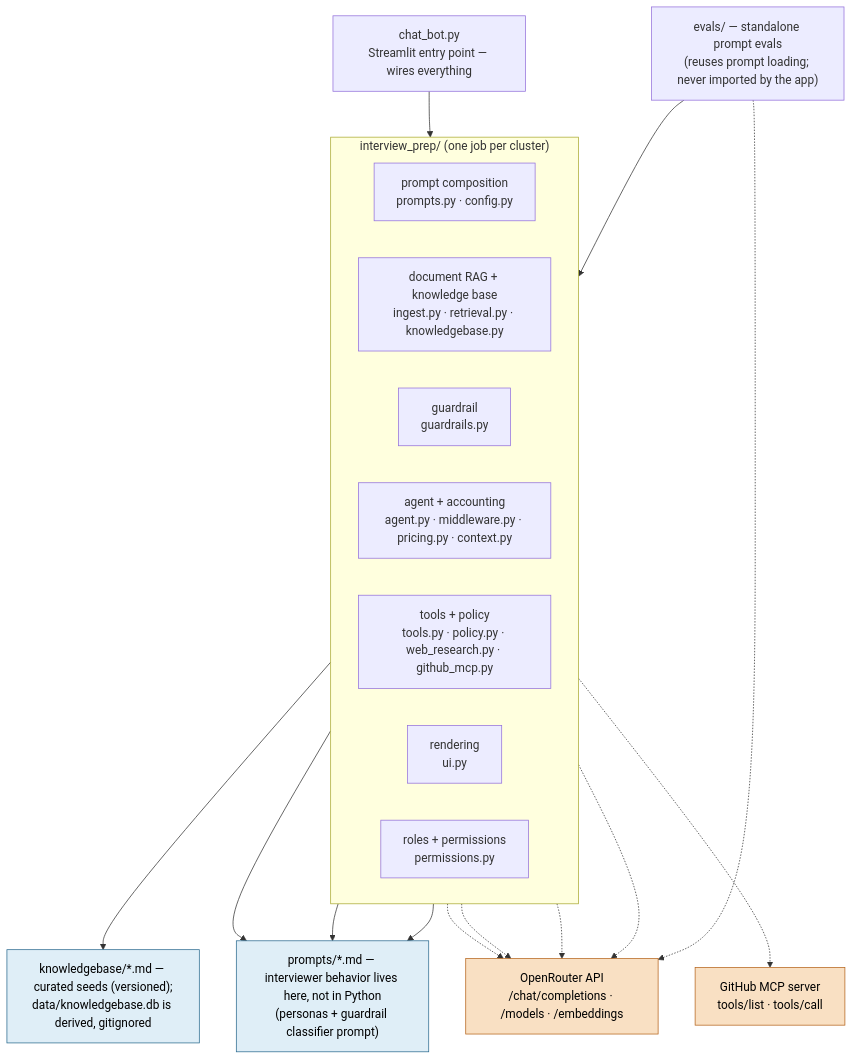
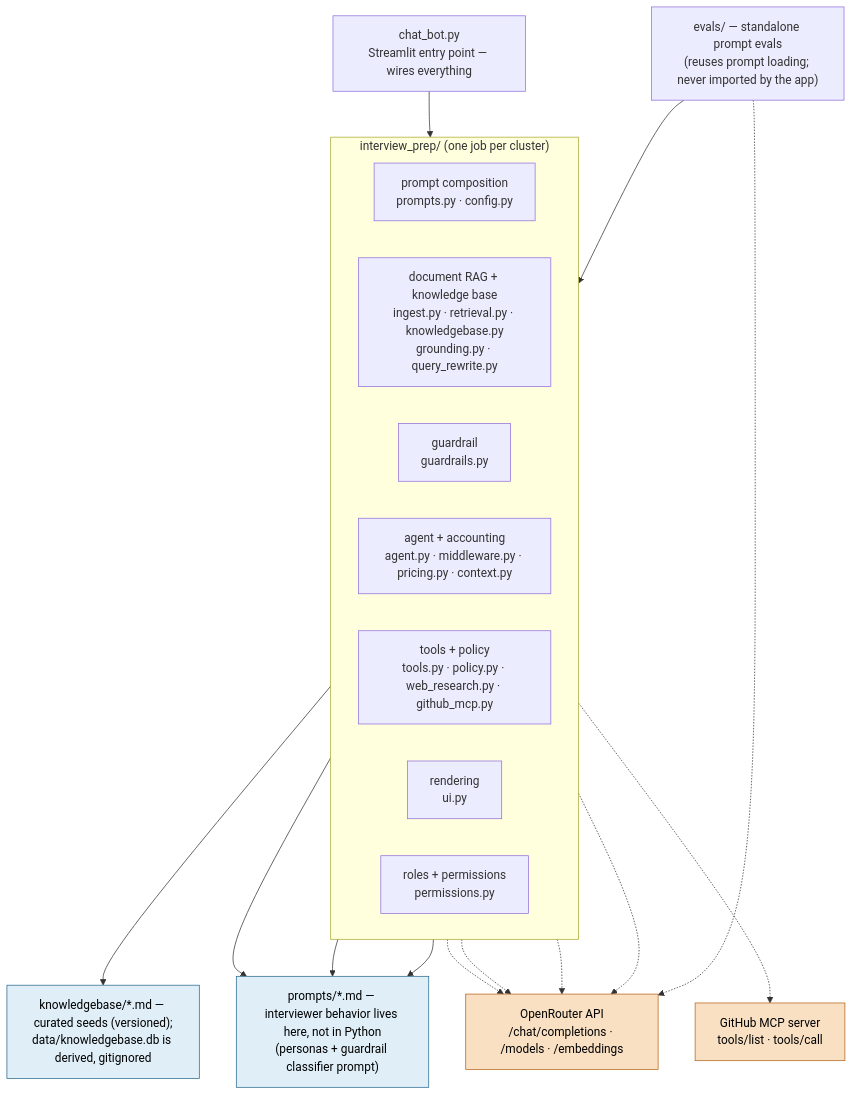
The seventh of 7 diagrams in docs/diagrams/architecture.md (DukeOfErl/interv_preper), drawn with Mermaid before and after one commit. The commit also changed 4 other files, not shown here.

````diff
--- a/docs/diagrams/architecture.md
+++ b/docs/diagrams/architecture.md
@@ -255,41 +255,41 @@
 ```mermaid
 flowchart TB
     entry["chat_bot.py<br/>Streamlit entry point — wires everything"]
 
     subgraph pkg["interview_prep/ (one job per cluster)"]
         direction LR
         promptsC["prompt composition<br/>prompts.py · config.py"]
-        rag["document RAG + knowledge base<br/>ingest.py · retrieval.py · knowledgebase.py"]
+        rag["document RAG + knowledge base<br/>ingest.py · retrieval.py · knowledgebase.py<br/>grounding.py · query_rewrite.py"]
         safety["guardrail<br/>guardrails.py"]
         llmC["agent + accounting<br/>agent.py · middleware.py · pricing.py · context.py"]
         toolsC["tools + policy<br/>tools.py · policy.py · web_research.py · github_mcp.py"]
         uiC["rendering<br/>ui.py"]
         access["roles + permissions<br/>permissions.py"]
     end
 
     mdfiles["prompts/*.md — interviewer behavior lives here, not in Python<br/>(personas + guardrail classifier prompt)"]
     kbfiles["knowledgebase/*.md — curated seeds (versioned);<br/>data/knowledgebase.db is derived, gitignored"]
     orouter["OpenRouter API<br/>/chat/completions · /models · /embeddings"]
     ghmcp["GitHub MCP server<br/>tools/list · tools/call"]
     evals["evals/ — standalone prompt evals<br/>(reuses prompt loading; never imported by the app)"]
 
     entry --> pkg
     promptsC --> mdfiles
     rag --> kbfiles
     safety --> mdfiles
     toolsC --> mdfiles
     rag -.-> orouter
     safety -.-> orouter
     llmC -.-> orouter
     toolsC -.-> orouter
     toolsC -.-> ghmcp
     evals --> promptsC
     evals -.-> orouter
 
     classDef ext fill:#f9e0c3,stroke:#b5651d,color:#000
     classDef mdfile fill:#dfeef7,stroke:#2b6a8f,color:#000
     class orouter ext
     class ghmcp ext
     class mdfiles mdfile
     class kbfiles mdfile
 ```
````
